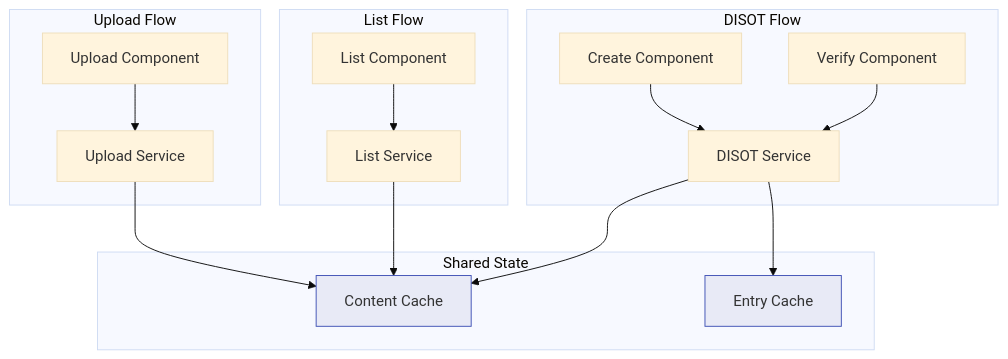
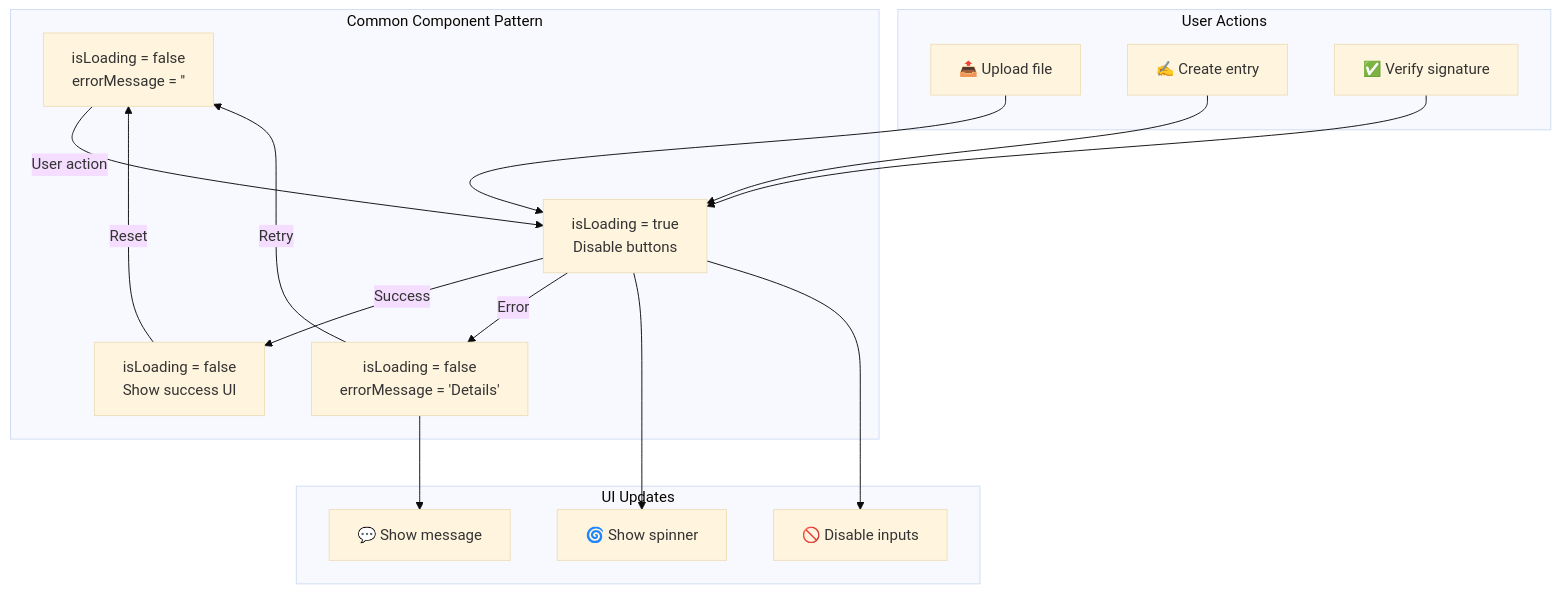
One commit to o2alexanderfedin/angular-cas-disot changed the ninth of 11 diagrams in docs/architecture/data-flow.md. Above: the diagram before and after it, drawn with Mermaid (base theme). The commit also changed other lines of this file and 18 other files, not shown here.

````diff
--- a/docs/architecture/data-flow.md
+++ b/docs/architecture/data-flow.md
@@ -325,37 +318,35 @@
 ```mermaid
 graph TD
-    subgraph "Shared State"
-        CONTENT_CACHE[Content Cache]
-        ENTRY_CACHE[Entry Cache]
+    subgraph "Common Component Pattern"
+        IDLE[isLoading = false<br/>errorMessage = '']
+        LOADING[isLoading = true<br/>Disable buttons]
+        SUCCESS[isLoading = false<br/>Show success UI]
+        ERROR[isLoading = false<br/>errorMessage = 'Details']
     end
     
-    subgraph "Upload Flow"
-        UPLOAD[Upload Component]
-        UPLOAD_SVC[Upload Service]
+    subgraph "User Actions"
+        UPLOAD[📤 Upload file]
+        CREATE[✍️ Create entry]
+        VERIFY[✅ Verify signature]
     end
     
-    subgraph "List Flow"
-        LIST[List Component]
-        LIST_SVC[List Service]
+    subgraph "UI Updates"
+        SPINNER[🌀 Show spinner]
+        MESSAGE[💬 Show message]
+        DISABLE[🚫 Disable inputs]
     end
     
-    subgraph "DISOT Flow"
-        DISOT_CREATE[Create Component]
-        DISOT_VERIFY[Verify Component]
-        DISOT_SVC[DISOT Service]
-    end
+    IDLE --> |User action| LOADING
+    LOADING --> |Success| SUCCESS
+    LOADING --> |Error| ERROR
+    SUCCESS --> |Reset| IDLE
+    ERROR --> |Retry| IDLE
     
-    UPLOAD --> UPLOAD_SVC
-    UPLOAD_SVC --> CONTENT_CACHE
+    UPLOAD --> LOADING
+    CREATE --> LOADING
+    VERIFY --> LOADING
     
-    LIST --> LIST_SVC
-    LIST_SVC --> CONTENT_CACHE
-    
-    DISOT_CREATE --> DISOT_SVC
-    DISOT_VERIFY --> DISOT_SVC
-    DISOT_SVC --> ENTRY_CACHE
-    DISOT_SVC --> CONTENT_CACHE
-    
-    style CONTENT_CACHE fill:#e8eaf6,stroke:#3f51b5
-    style ENTRY_CACHE fill:#e8eaf6,stroke:#3f51b5
+    LOADING --> SPINNER
+    LOADING --> DISABLE
+    ERROR --> MESSAGE
 ```
````
